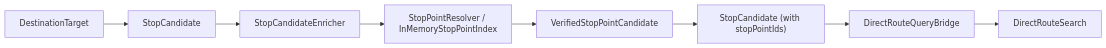
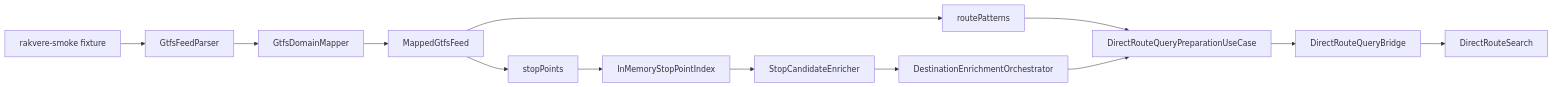
Before and after one commit to Fuuduuu/ANDROBUSS: the second of 5 diagrams in docs/MERMAID_DIAGRAMS.md, drawn with Mermaid. The commit also changed other lines of this file and 12 other files, not shown here.

Commit message:
docs: sync GTFS pipeline architecture diagrams

````diff
--- a/docs/MERMAID_DIAGRAMS.md
+++ b/docs/MERMAID_DIAGRAMS.md
@@ -117,10 +18,15 @@
 ```mermaid
 flowchart LR
-    DestinationTarget --> StopCandidate
-    StopCandidate --> Enricher["StopCandidateEnricher"]
-    Enricher --> Resolver["StopPointResolver / InMemoryStopPointIndex"]
-    Resolver --> Verified["VerifiedStopPointCandidate"]
-    Verified --> Enriched["StopCandidate (with stopPointIds)"]
-    Enriched --> Bridge["DirectRouteQueryBridge"]
+    Fixture["rakvere-smoke fixture"] --> Parser["GtfsFeedParser"]
+    Parser --> Mapper["GtfsDomainMapper"]
+    Mapper --> Feed["MappedGtfsFeed"]
+    Feed --> StopPoints["stopPoints"]
+    Feed --> Patterns["routePatterns"]
+    StopPoints --> Index["InMemoryStopPointIndex"]
+    Index --> Enricher["StopCandidateEnricher"]
+    Enricher --> Orchestrator["DestinationEnrichmentOrchestrator"]
+    Patterns --> UseCase["DirectRouteQueryPreparationUseCase"]
+    Orchestrator --> UseCase
+    UseCase --> Bridge["DirectRouteQueryBridge"]
     Bridge --> Search["DirectRouteSearch"]
 ```
````
